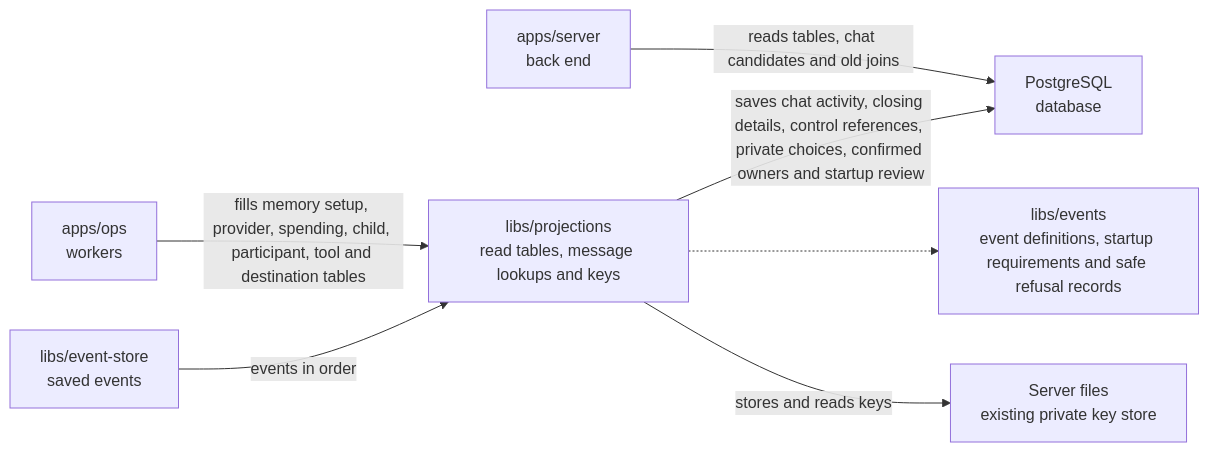
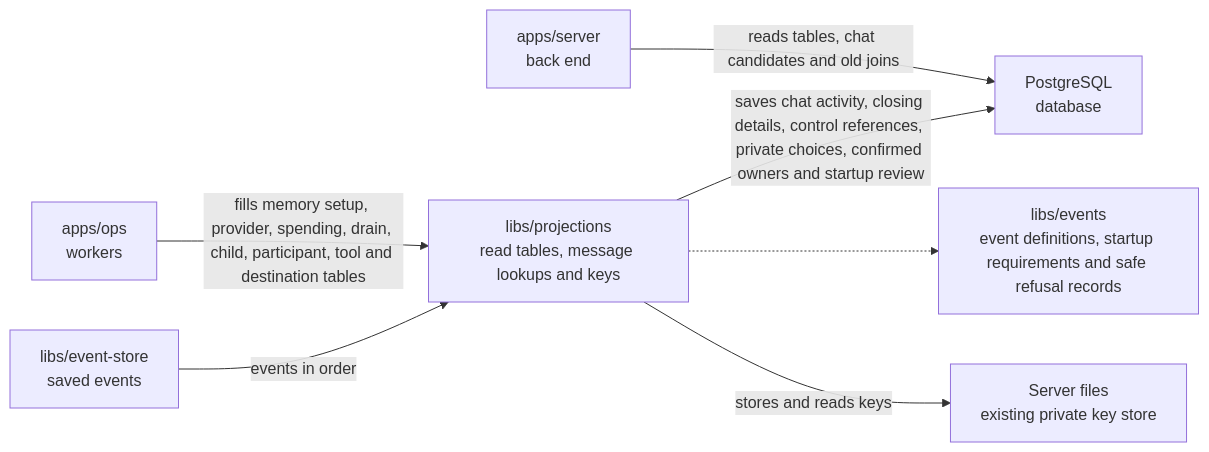
One commit to elewa-git/opencrane-new changed the diagram in libs/projections/README.md. Above: the diagram before and after it, drawn with Mermaid. The commit also changed other lines of this file, not shown here.

Commit message:
📚 Keep the provider drain and catalogue contracts together after rebase

````diff
--- a/libs/projections/README.md
+++ b/libs/projections/README.md
@@ -23,9 +23,9 @@
 ```mermaid
 flowchart LR
-  ops["apps/ops<br/>workers"] -->|fills memory setup, provider, spending, child, participant, tool and destination tables| projections["libs/projections<br/>read tables, message lookups and keys"]
+  ops["apps/ops<br/>workers"] -->|fills memory setup, provider, spending, drain, child, participant, tool and destination tables| projections["libs/projections<br/>read tables, message lookups and keys"]
   server["apps/server<br/>back end"] -->|reads tables, chat candidates and old joins| pg["PostgreSQL<br/>database"]
   projections -->|saves chat activity, closing details, control references, private choices, confirmed owners and startup review| pg
   store["libs/event-store<br/>saved events"] -->|events in order| projections
   projections -.-> events["libs/events<br/>event definitions, startup requirements and safe refusal records"]
   projections -->|stores and reads keys| keys["Server files<br/>existing private key store"]
 ```
````
